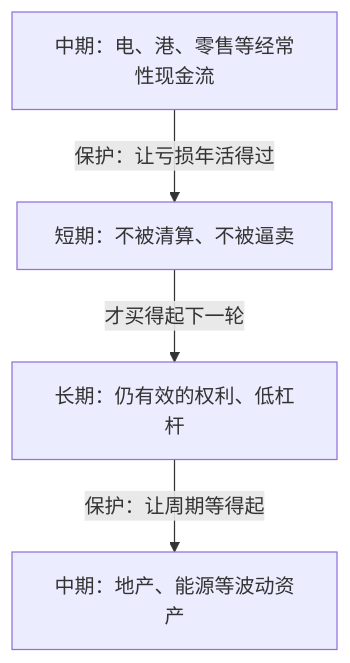
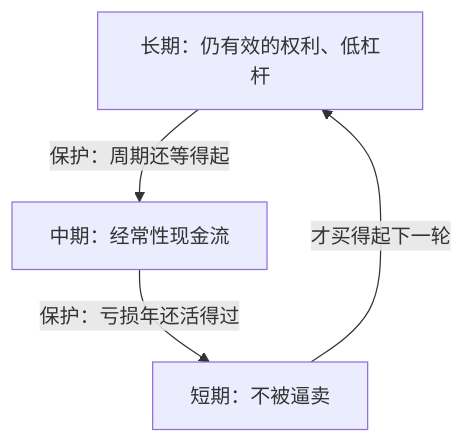
One commit to xiaxinyu/knowledge_base changed the third of 3 diagrams in 50-strategy/53-li-ka-shing-capital-allocation-treatise.md. Above: the diagram before and after it, drawn with Mermaid. The commit also changed other lines of this file and 2 other files, not shown here.

````diff
--- a/50-strategy/53-li-ka-shing-capital-allocation-treatise.md
+++ b/50-strategy/53-li-ka-shing-capital-allocation-treatise.md
@@ -319,7 +370,7 @@
 ```mermaid
 %% 图 3 期限嵌套：长期保护中期，中期保护短期
 flowchart TB
-  L["长期：仍有效的权利、低杠杆"] -->|"保护：让周期等得起"| M["中期：地产、能源等波动资产"]
-  C["中期：电、港、零售等经常性现金流"] -->|"保护：让亏损年活得过"| S["短期：不被清算、不被逼卖"]
+  L["长期：仍有效的权利、低杠杆"] -->|"保护：周期还等得起"| M["中期：经常性现金流"]
+  M -->|"保护：亏损年还活得过"| S["短期：不被逼卖"]
   S -->|"才买得起下一轮"| L
 ```
````
